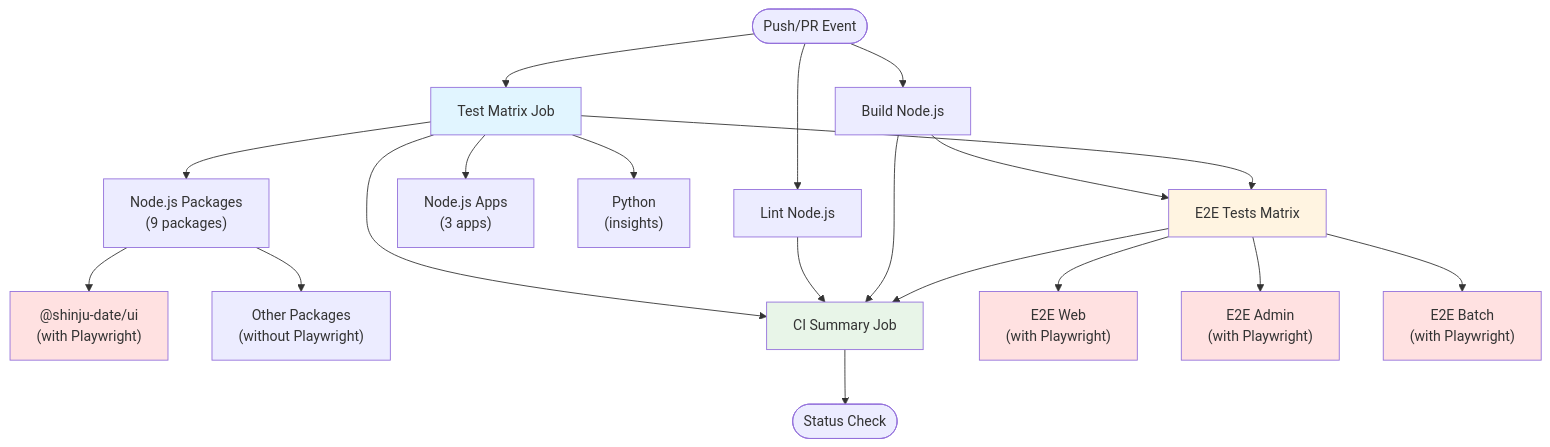
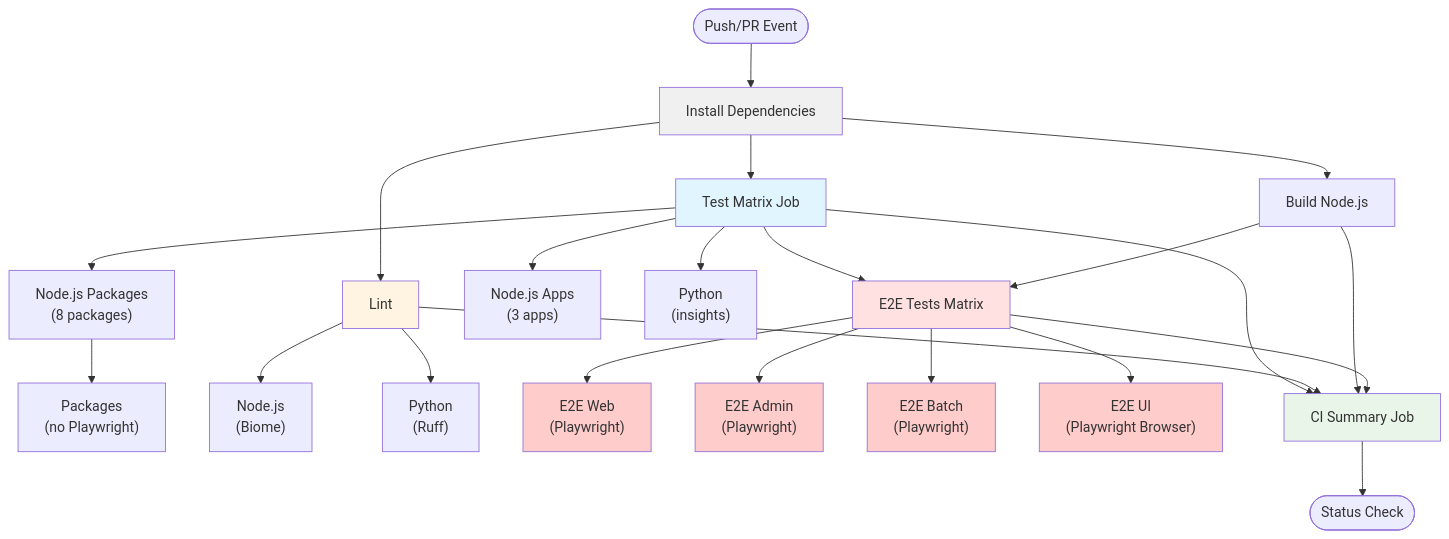
One commit to inabagumi/shinju-date changed the diagram in docs/ci-workflow-architecture.md. Above: the diagram before and after it, drawn with Mermaid. The commit also changed other lines of this file and 1 other file, not shown here.

````diff
--- a/docs/ci-workflow-architecture.md
+++ b/docs/ci-workflow-architecture.md
@@ -9,36 +9,42 @@
 ```mermaid
 graph TB
-    Start([Push/PR Event]) --> Test[Test Matrix Job]
-    Start --> Lint[Lint Node.js]
-    Start --> Build[Build Node.js]
+    Start([Push/PR Event]) --> Install[Install Dependencies]
     
-    Test --> TestNodePackages["Node.js Packages<br/>(9 packages)"]
+    Install --> Test[Test Matrix Job]
+    Install --> Lint[Lint]
+    Install --> Build[Build Node.js]
+    
+    Test --> TestNodePackages["Node.js Packages<br/>(8 packages)"]
     Test --> TestNodeApps["Node.js Apps<br/>(3 apps)"]
     Test --> TestPython["Python<br/>(insights)"]
     
-    TestNodePackages --> UI["@shinju-date/ui<br/>(with Playwright)"]
-    TestNodePackages --> OtherPackages["Other Packages<br/>(without Playwright)"]
+    TestNodePackages --> OtherPackages["Packages<br/>(no Playwright)"]
+    
+    Lint --> LintNode["Node.js<br/>(Biome)"]
+    Lint --> LintPython["Python<br/>(Ruff)"]
+    
+    Test --> E2E[E2E Tests Matrix]
+    Build --> E2E
+    
+    E2E --> E2EWeb["E2E Web<br/>(Playwright)"]
+    E2E --> E2EAdmin["E2E Admin<br/>(Playwright)"]
+    E2E --> E2EBatch["E2E Batch<br/>(Playwright)"]
+    E2E --> E2EUI["E2E UI<br/>(Playwright Browser)"]
     
     Test --> Summary[CI Summary Job]
     Lint --> Summary
     Build --> Summary
-    
-    Build --> E2E[E2E Tests Matrix]
-    Test --> E2E
-    
-    E2E --> E2EWeb["E2E Web<br/>(with Playwright)"]
-    E2E --> E2EAdmin["E2E Admin<br/>(with Playwright)"]
-    E2E --> E2EBatch["E2E Batch<br/>(with Playwright)"]
-    
     E2E --> Summary
     
     Summary --> End([Status Check])
     
+    style Install fill:#f0f0f0
     style Test fill:#e1f5ff
-    style E2E fill:#fff4e1
+    style Lint fill:#fff4e1
+    style E2E fill:#ffe1e1
     style Summary fill:#e8f5e8
-    style UI fill:#ffe1e1
-    style E2EWeb fill:#ffe1e1
-    style E2EAdmin fill:#ffe1e1
-    style E2EBatch fill:#ffe1e1
+    style E2EWeb fill:#ffcccc
+    style E2EAdmin fill:#ffcccc
+    style E2EBatch fill:#ffcccc
+    style E2EUI fill:#ffcccc
 ```
````
